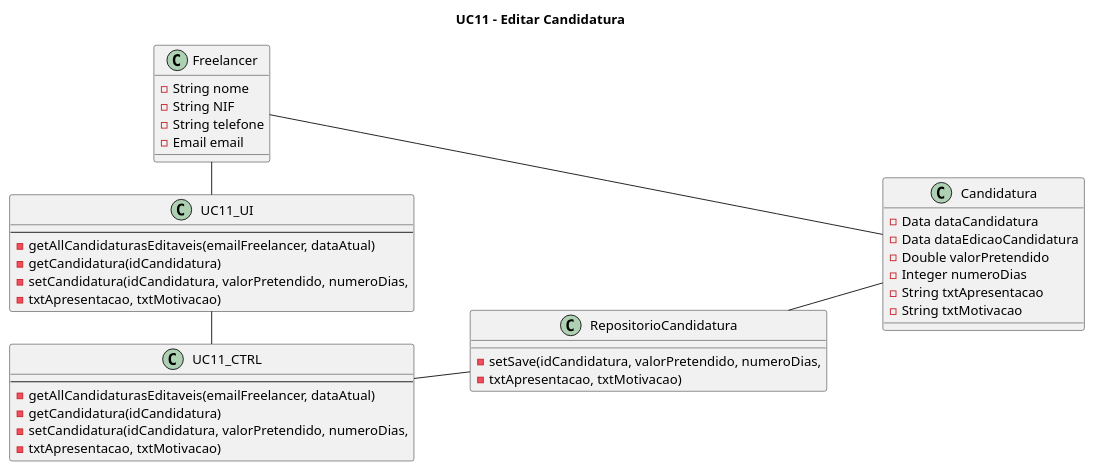
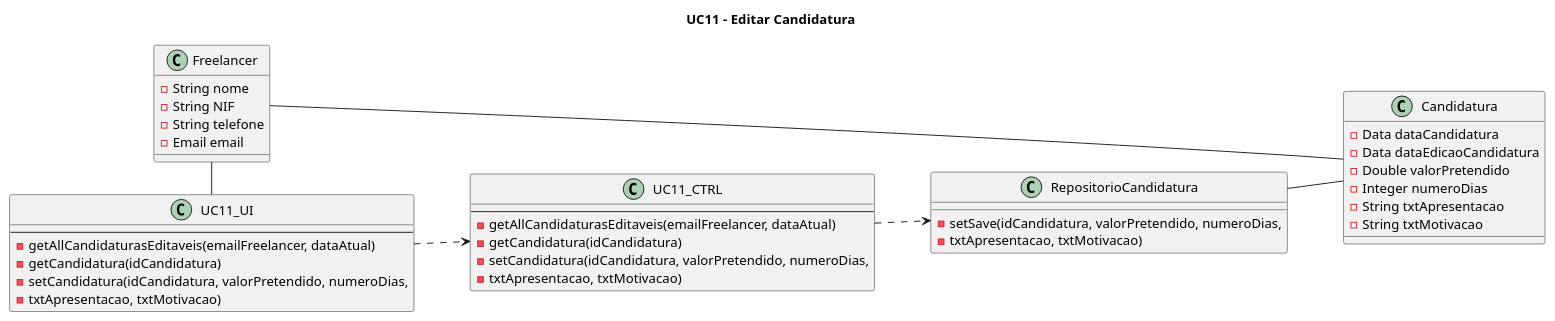
One commit to blestonbandeiraUPSKILL/upskill_java1_labprg_grupo2 changed the diagram in Documentação/Sprint 4/UC11_Editar_Candidatura/UC11_Editar_Candidatura_DiagClas.plantuml. Above: the diagram before and after it, drawn with PlantUML. The commit also changed 12 other files, not shown here.

```diff
--- a/Documentação/Sprint 4/UC11_Editar_Candidatura/UC11_Editar_Candidatura_DiagClas.plantuml
+++ b/Documentação/Sprint 4/UC11_Editar_Candidatura/UC11_Editar_Candidatura_DiagClas.plantuml
@@ -1,48 +1,48 @@
 @startuml
 left to right direction
 
 title UC11 - Editar Candidatura
 
 class Freelancer {
     -String nome 
     -String NIF
     -String telefone
     -Email email
 }
 
 class Candidatura {
     -Data dataCandidatura
     -Data dataEdicaoCandidatura
     -Double valorPretendido
     -Integer numeroDias
     -String txtApresentacao
     -String txtMotivacao
 }
 
 class UC11_UI{
     --
     -getAllCandidaturasEditaveis(emailFreelancer, dataAtual)
     -getCandidatura(idCandidatura)
     -setCandidatura(idCandidatura, valorPretendido, numeroDias,
     -txtApresentacao, txtMotivacao)    
 }
 
 class UC11_CTRL{
     --
     -getAllCandidaturasEditaveis(emailFreelancer, dataAtual)
     -getCandidatura(idCandidatura)
     -setCandidatura(idCandidatura, valorPretendido, numeroDias,
     -txtApresentacao, txtMotivacao)   
 }
 
 class RepositorioCandidatura {
     -setSave(idCandidatura, valorPretendido, numeroDias,
     -txtApresentacao, txtMotivacao)
 }
 
-UC11_UI - UC11_CTRL
-UC11_CTRL -- RepositorioCandidatura
+UC11_UI ..> UC11_CTRL
+UC11_CTRL ..> RepositorioCandidatura
 RepositorioCandidatura -- Candidatura
 Freelancer - UC11_UI
 Freelancer - Candidatura
 @enduml
```
